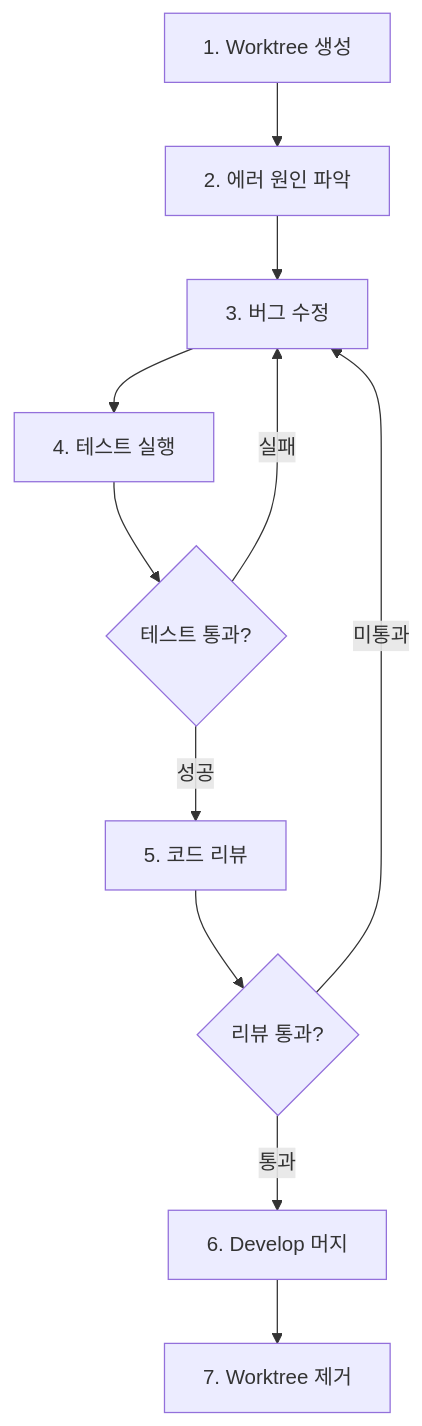
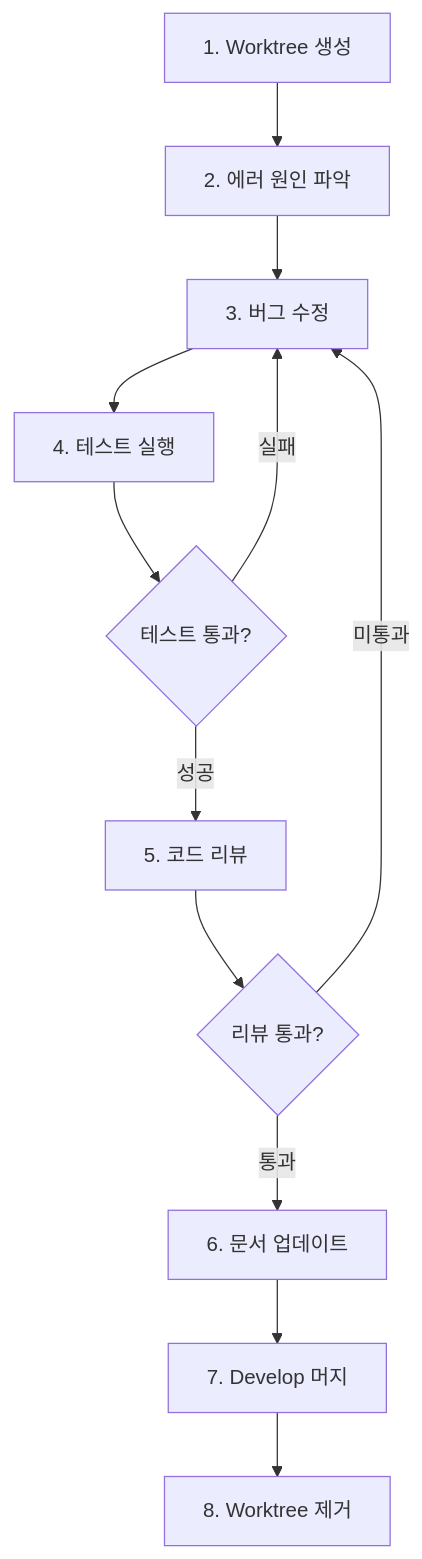
One commit to leejh96/AI-Setting changed the diagram in .agent/workflows/bug-fix.md. Above: the diagram before and after it, drawn with Mermaid. The commit also changed other lines of this file and 4 other files, not shown here.

````diff
--- a/.agent/workflows/bug-fix.md
+++ b/.agent/workflows/bug-fix.md
@@ -17,13 +17,14 @@
 ```mermaid
 graph TD
     A[1. Worktree 생성] --> B[2. 에러 원인 파악]
     B --> C[3. 버그 수정]
     C --> D[4. 테스트 실행]
     D --> E{테스트 통과?}
     E -->|실패| C
     E -->|성공| F[5. 코드 리뷰]
     F --> G{리뷰 통과?}
     G -->|미통과| C
-    G -->|통과| H[6. Develop 머지]
-    H --> I[7. Worktree 제거]
+    G -->|통과| H[6. 문서 업데이트]
+    H --> I[7. Develop 머지]
+    I --> J[8. Worktree 제거]
 ```
````
